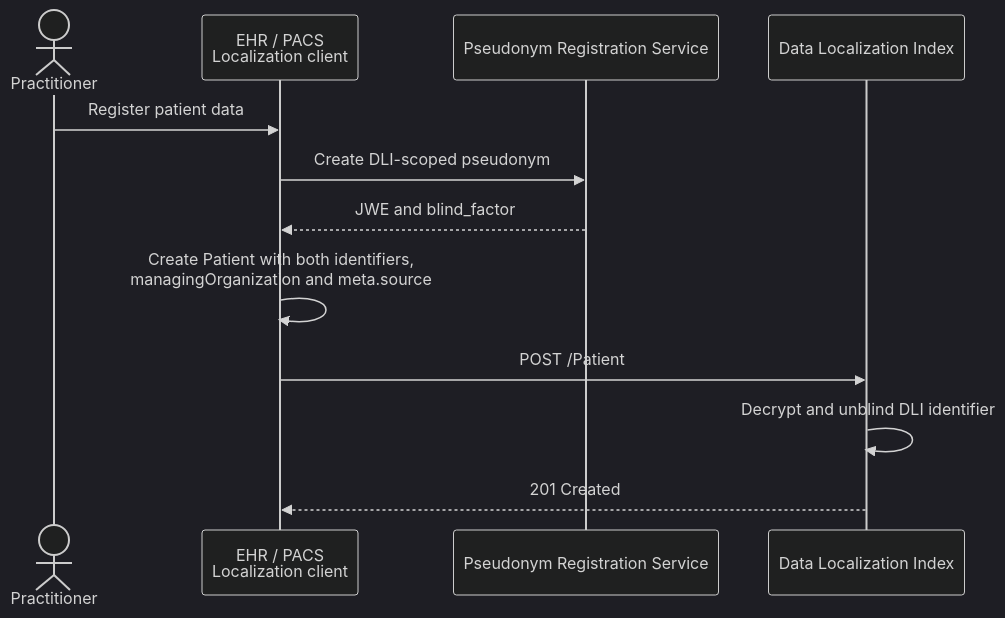
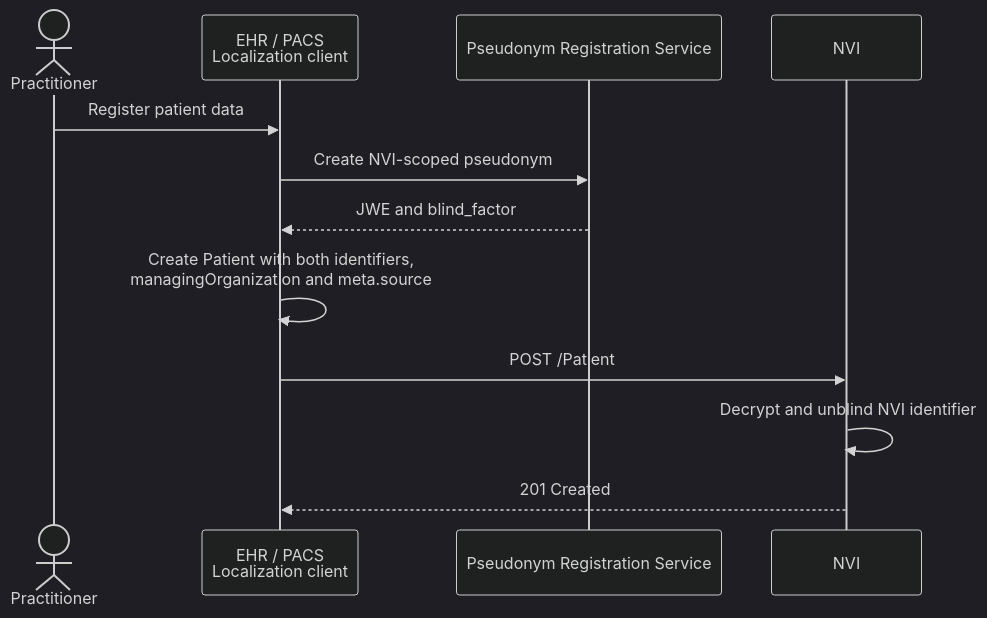
One commit to minvws/generiekefuncties-docs changed the first of 2 diagrams in input/pagecontent/localization.md. Above: the diagram before and after it, drawn with Mermaid (dark theme). The commit also changed other lines of this file and 4 other files, not shown here.

````diff
--- a/input/pagecontent/localization.md
+++ b/input/pagecontent/localization.md
@@ -247,15 +247,15 @@
 ```mermaid
 sequenceDiagram
     actor doctor as Practitioner
     participant ehr as EHR / PACS<br/>Localization client
     participant prs as Pseudonym Registration Service
-    participant DLI as Data Localization Index
+    participant NVI as NVI
 
     doctor->>ehr: Register patient data
-    ehr->>prs: Create DLI-scoped pseudonym
+    ehr->>prs: Create NVI-scoped pseudonym
     prs-->>ehr: JWE and blind_factor
     ehr->>ehr: Create Patient with both identifiers,<br/>managingOrganization and meta.source
-    ehr->>DLI: POST /Patient
-    DLI->>DLI: Decrypt and unblind DLI identifier
-    DLI-->>ehr: 201 Created
+    ehr->>NVI: POST /Patient
+    NVI->>NVI: Decrypt and unblind NVI identifier
+    NVI-->>ehr: 201 Created
 ```
````
